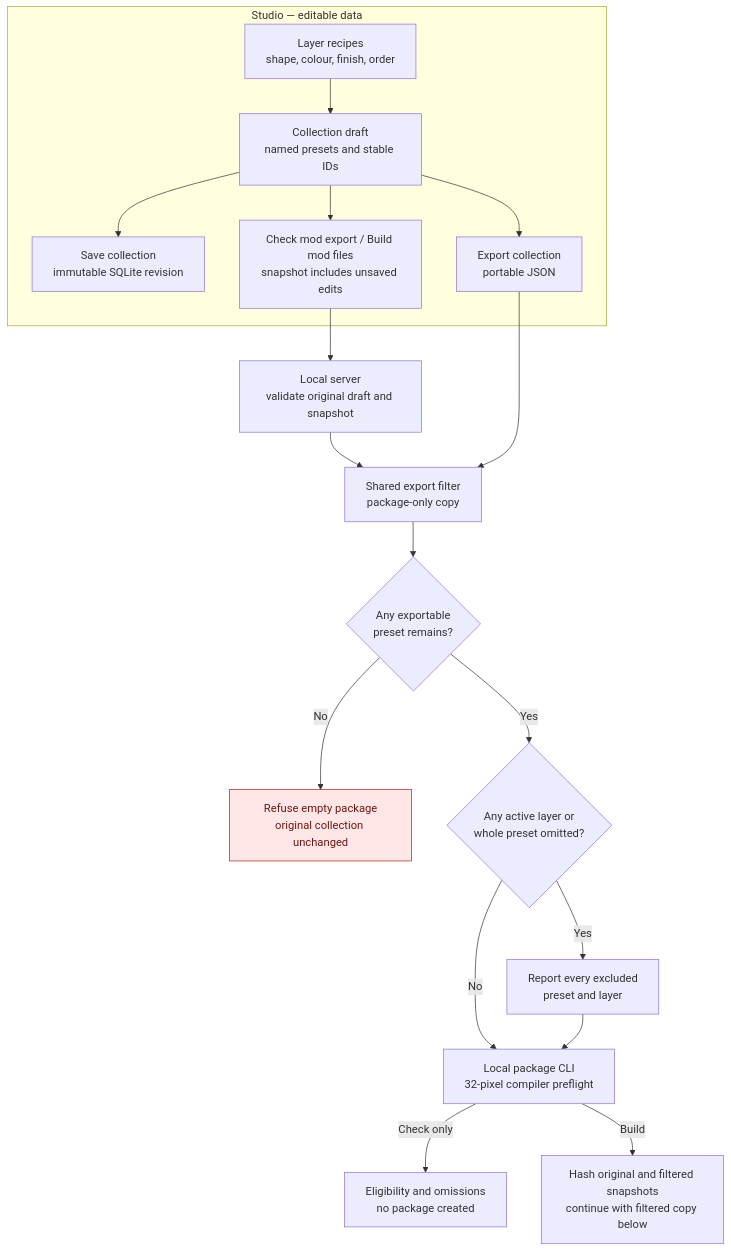
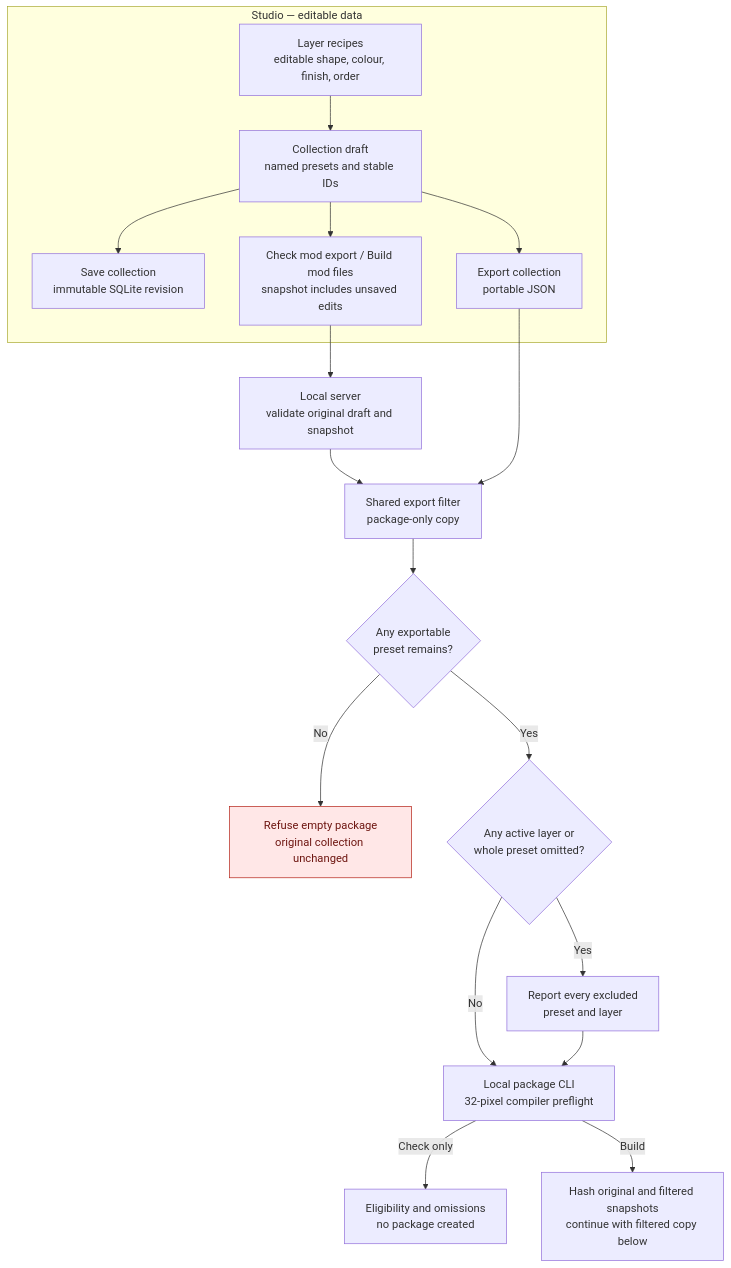
Before and after one commit to axefrog/xf-studio: the first of 3 diagrams in research/authoring/studio-to-mod-pipeline.md, drawn with Mermaid. The commit also changed other lines of this file and 7 other files, not shown here.

````diff
--- a/research/authoring/studio-to-mod-pipeline.md
+++ b/research/authoring/studio-to-mod-pipeline.md
@@ -11,24 +11,24 @@
 ```mermaid
 flowchart TB
   subgraph editor["Studio — editable data"]
-    recipe["Layer recipes<br/>shape, colour, finish, order"] --> draft["Collection draft<br/>named presets and stable IDs"]
+    recipe["Layer recipes<br/>editable shape, colour, finish, order"] --> draft["Collection draft<br/>named presets and stable IDs"]
     draft --> sqlite["Save collection<br/>immutable SQLite revision"]
     draft --> export["Export collection<br/>portable JSON"]
     draft --> ui["Check mod export / Build mod files<br/>snapshot includes unsaved edits"]
   end
 
   ui --> server["Local server<br/>validate original draft and snapshot"]
   server --> filter["Shared export filter<br/>package-only copy"]
   export --> filter
   filter --> decision{"Any exportable<br/>preset remains?"}
   decision -- No --> reject["Refuse empty package<br/>original collection unchanged"]
   decision -- Yes --> omitted{"Any active layer or<br/>whole preset omitted?"}
   omitted -- Yes --> warn["Report every excluded<br/>preset and layer"]
   omitted -- No --> cli["Local package CLI<br/>32-pixel compiler preflight"]
   warn --> cli
   cli -- Check only --> ready["Eligibility and omissions<br/>no package created"]
   cli -- Build --> snapshot["Hash original and filtered snapshots<br/>continue with filtered copy below"]
 
   classDef blocked fill:#ffe7e7,stroke:#b42318,color:#6e1611;
   class reject blocked;
 ```
````
